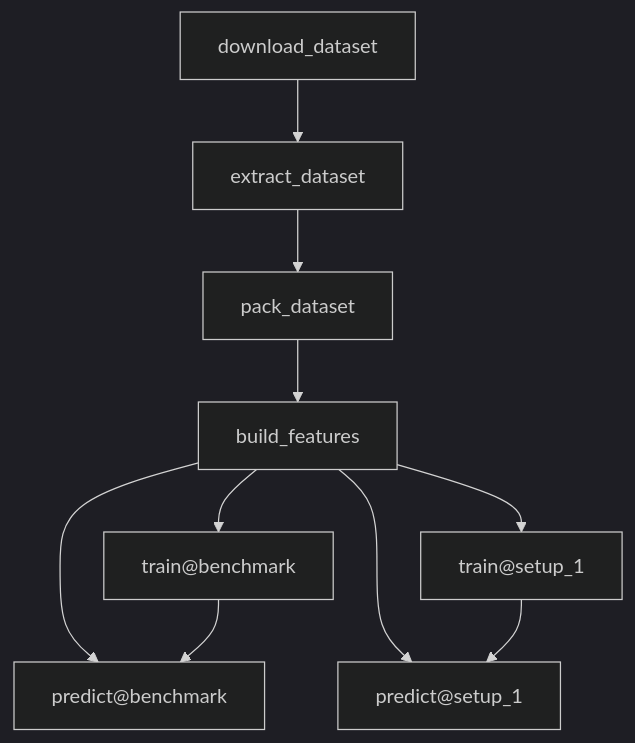
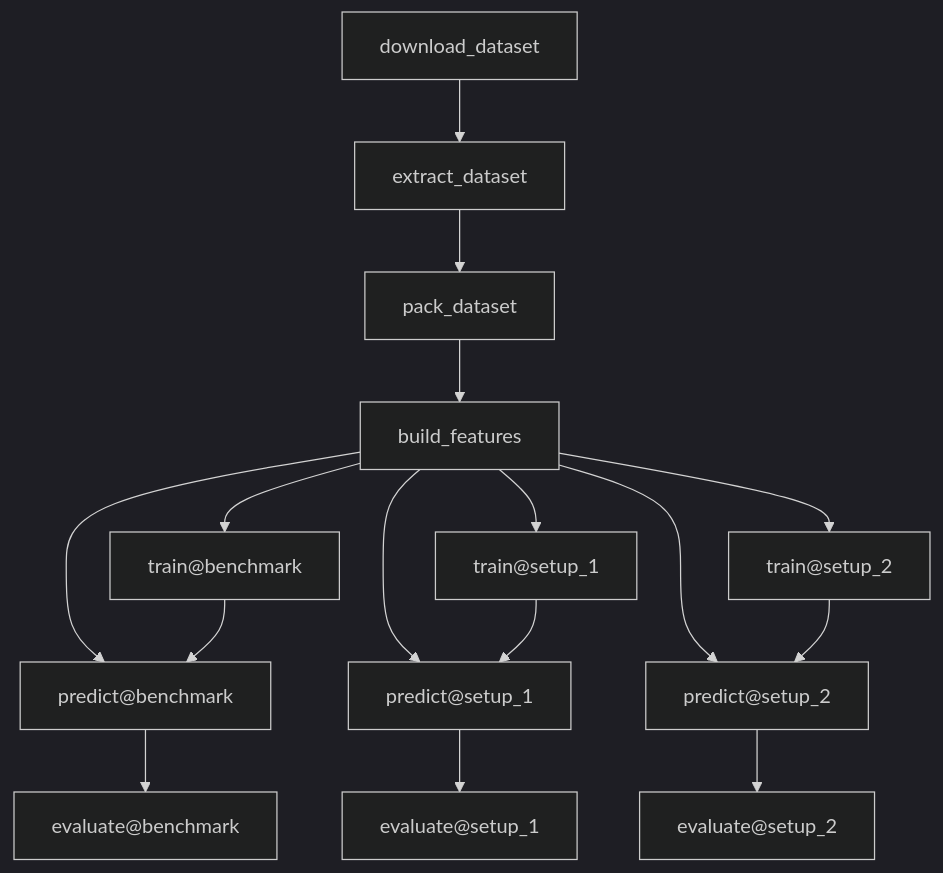
The first of 2 diagrams in PIPELINE.md (u-masao/two-tower-model-tutorial), drawn with Mermaid (dark theme) before and after one commit. The commit also changed other lines of this file, not shown here.

````diff
--- a/PIPELINE.md
+++ b/PIPELINE.md
@@ -7,20 +7,31 @@
 ```mermaid
 flowchart TD
 	node1["build_features"]
 	node2["download_dataset"]
-	node3["extract_dataset"]
-	node4["pack_dataset"]
-	node5["predict@benchmark"]
-	node6["predict@setup_1"]
-	node7["train@benchmark"]
-	node8["train@setup_1"]
-	node1-->node5
-	node1-->node6
-	node1-->node7
+	node3["evaluate@benchmark"]
+	node4["evaluate@setup_1"]
+	node5["evaluate@setup_2"]
+	node6["extract_dataset"]
+	node7["pack_dataset"]
+	node8["predict@benchmark"]
+	node9["predict@setup_1"]
+	node10["predict@setup_2"]
+	node11["train@benchmark"]
+	node12["train@setup_1"]
+	node13["train@setup_2"]
 	node1-->node8
-	node2-->node3
-	node3-->node4
-	node4-->node1
-	node7-->node5
-	node8-->node6
+	node1-->node9
+	node1-->node10
+	node1-->node11
+	node1-->node12
+	node1-->node13
+	node2-->node6
+	node6-->node7
+	node7-->node1
+	node8-->node3
+	node9-->node4
+	node10-->node5
+	node11-->node8
+	node12-->node9
+	node13-->node10
 ```
````
